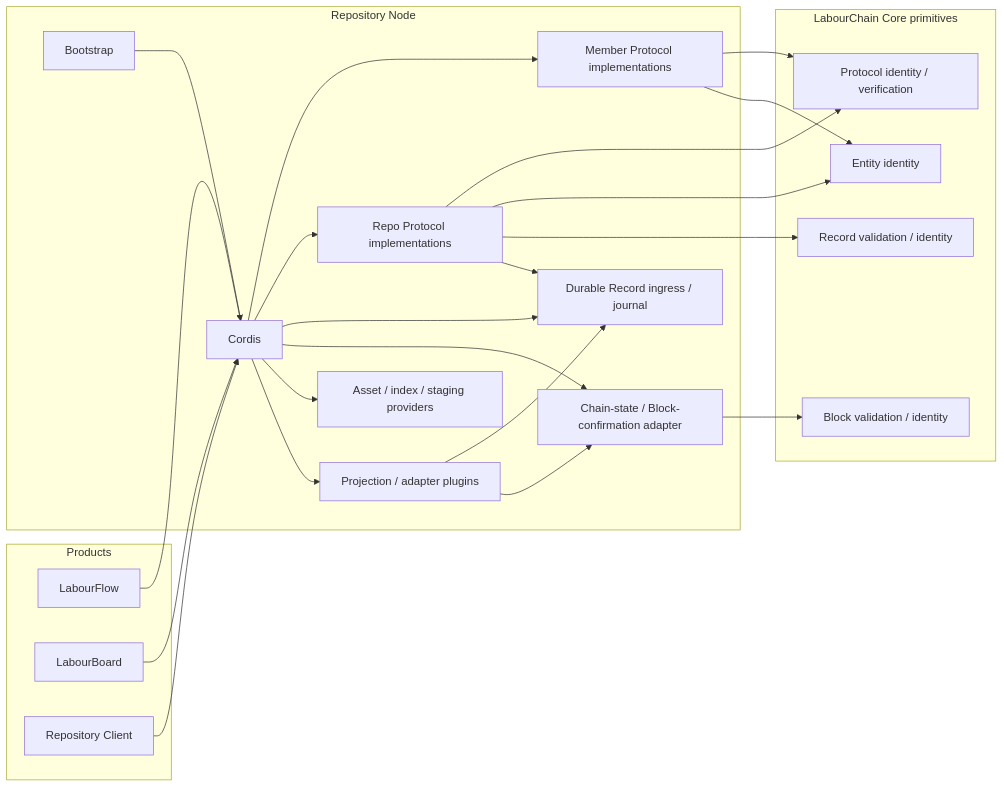
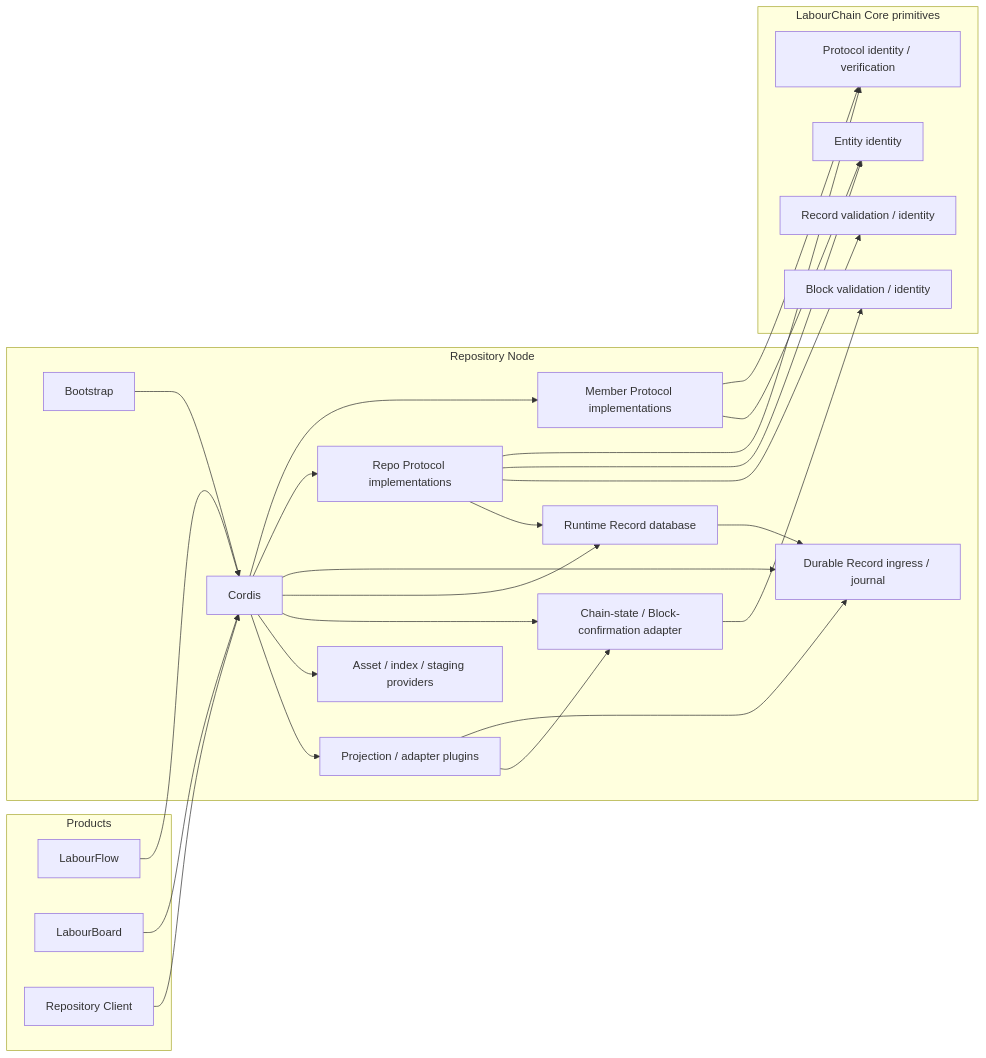
Before and after one commit to labourchain/repository: the second of 5 diagrams in docs/architecture.md, drawn with Mermaid. The commit also changed other lines of this file and 28 other files, not shown here.

First line of the commit message:
refactor: align Repo establishment and Runtime Record database (#30)

````diff
--- a/docs/architecture.md
+++ b/docs/architecture.md
@@ -122,48 +178,51 @@
 ```mermaid
 flowchart LR
     subgraph Products["Products"]
         Flow["LabourFlow"]
         Board["LabourBoard"]
         Client["Repository Client"]
     end
 
     subgraph Node["Repository Node"]
         Bootstrap["Bootstrap"]
         Cordis["Cordis"]
         MemberProtocols["Member Protocol implementations"]
         RepoProtocols["Repo Protocol implementations"]
         Journal["Durable Record ingress / journal"]
+        RuntimeDB["Runtime Record database"]
         ChainState["Chain-state / Block-confirmation adapter"]
         Providers["Asset / index / staging providers"]
         Views["Projection / adapter plugins"]
     end
 
     subgraph Core["LabourChain Core primitives"]
         Protocol["Protocol identity / verification"]
         Entity["Entity identity"]
         Record["Record validation / identity"]
         Block["Block validation / identity"]
     end
 
     Bootstrap --> Cordis
     Cordis --> MemberProtocols
     Cordis --> RepoProtocols
     Cordis --> Journal
+    Cordis --> RuntimeDB
     Cordis --> ChainState
     Cordis --> Providers
     Cordis --> Views
 
     Flow --> Cordis
     Board --> Cordis
     Client --> Cordis
 
     MemberProtocols --> Protocol
     MemberProtocols --> Entity
     RepoProtocols --> Protocol
     RepoProtocols --> Entity
     RepoProtocols --> Record
-    RepoProtocols --> Journal
+    RepoProtocols --> RuntimeDB
+    RuntimeDB --> Journal
     Views --> Journal
     Views --> ChainState
     ChainState --> Block
 ```
````
